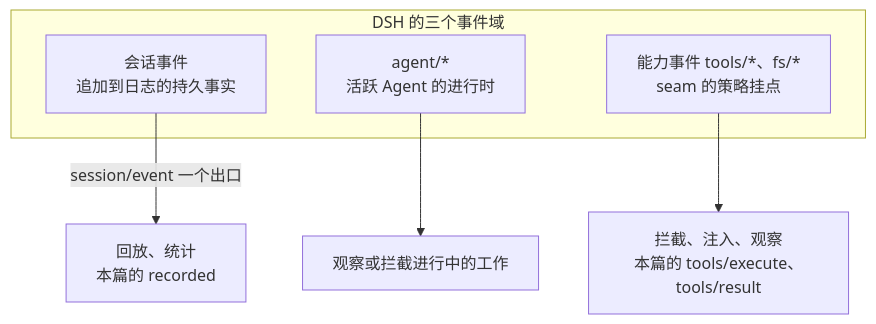
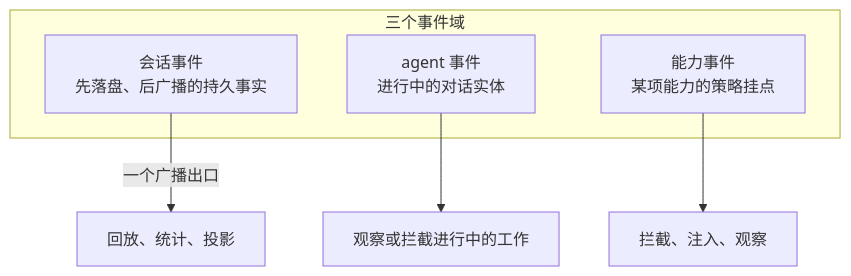
Before and after one commit to anthonyzhao-4926/blog: the first of 3 diagrams in dsh 插件开发学习/09-订阅 DSH 事件与五种分发模式.md, drawn with Mermaid. The commit also changed other lines of this file and 38 other files, not shown here.

````diff
--- a/dsh 插件开发学习/09-订阅 DSH 事件与五种分发模式.md
+++ b/dsh 插件开发学习/09-订阅 DSH 事件与五种分发模式.md
@@ -41,11 +43,11 @@
 ```mermaid
 flowchart TD
-    subgraph domains["DSH 的三个事件域"]
-        A["会话事件<br/>追加到日志的持久事实"]
-        B["agent/*<br/>活跃 Agent 的进行时"]
-        C["能力事件 tools/*、fs/*<br/>seam 的策略挂点"]
+    subgraph domains["三个事件域"]
+        A["会话事件<br/>先落盘、后广播的持久事实"]
+        B["agent 事件<br/>进行中的对话实体"]
+        C["能力事件<br/>某项能力的策略挂点"]
     end
-    A -->|"session/event 一个出口"| U1["回放、统计<br/>本篇的 recorded"]
+    A -->|"一个广播出口"| U1["回放、统计、投影"]
     B --> U2["观察或拦截进行中的工作"]
-    C --> U3["拦截、注入、观察<br/>本篇的 tools/execute、tools/result"]
+    C --> U3["拦截、注入、观察"]
 ```
````
